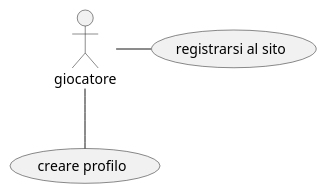
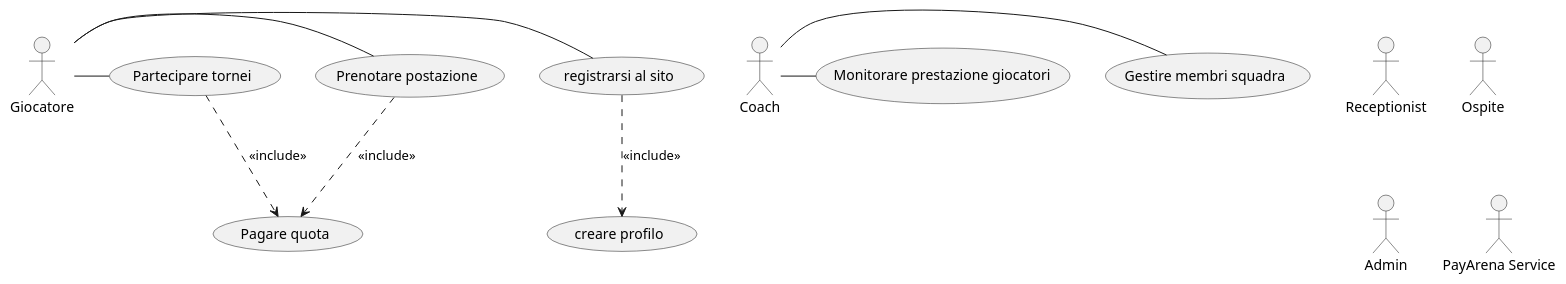
The diagram in src/src/UMLExercises/UCDs/TestSyntax.puml (itsNikk/2526-4AI), drawn with PlantUML before and after one commit.

```diff
--- a/src/src/UMLExercises/UCDs/TestSyntax.puml
+++ b/src/src/UMLExercises/UCDs/TestSyntax.puml
@@ -1,10 +1,31 @@
 @startuml
-''commento
-:giocatore: as g
+''Non c'è molto controllo sul posizionamento degli elementi grafici,
+'' se non tramite la lunghezza delle frecce.
+
+:Giocatore: as g
+:Coach: as c
+:Receptionist: as r
+:Ospite: as o
+:Admin: as a
+:PayArena Service: as pServ
 
 (registrarsi al sito) as reg
-(creare profilo) as c
+(creare profilo) as cprof
+(Prenotare postazione) as pPost
+(Pagare quota) as pay
+(Partecipare tornei) as pTor
+(Gestire membri squadra) as squad
+(Monitorare prestazione giocatori) as stastG
 
 g - reg
-g -- c
+g - pPost
+g - pTor
+
+c - squad
+c - stastG
+
+pPost ..> pay : <<include>>
+reg ..> cprof : <<include>>
+pTor ..> pay : <<include>>
+
 @enduml
```
